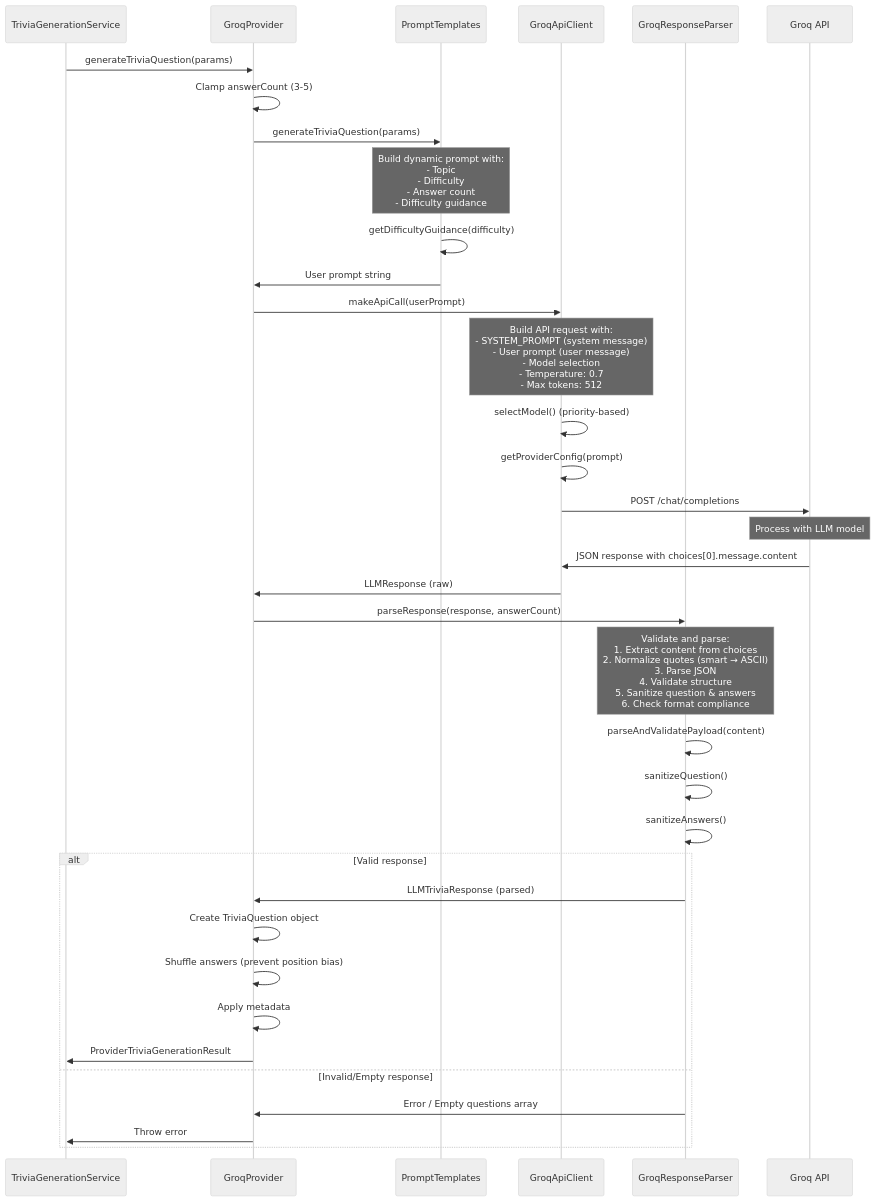
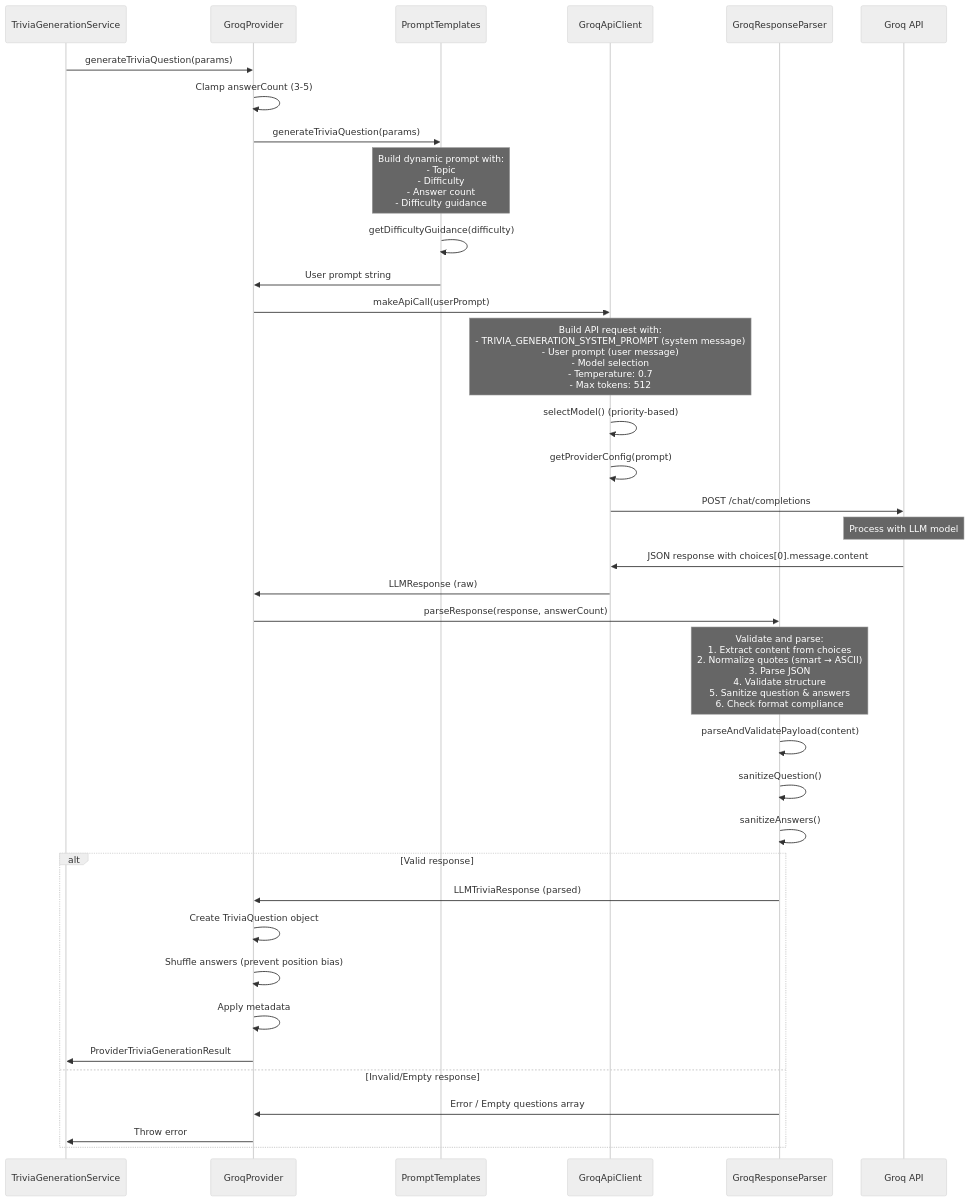
Diagram 13 of 28 in docs/DIAGRAMS.md (IsraelRub/EveryTriv), drawn with Mermaid (neutral theme) before and after one commit. The commit also changed other lines of this file and 576 other files, not shown here.

````diff
--- a/docs/DIAGRAMS.md
+++ b/docs/DIAGRAMS.md
@@ -897,48 +947,48 @@
 ```mermaid
 sequenceDiagram
     participant TG as TriviaGenerationService
     participant GP as GroqProvider
     participant PT as PromptTemplates
     participant AC as GroqApiClient
     participant RP as GroqResponseParser
     participant AI as Groq API
 
     TG->>GP: generateTriviaQuestion(params)
     
     GP->>GP: Clamp answerCount (3-5)
     GP->>PT: generateTriviaQuestion(params)
     
     Note over PT: Build dynamic prompt with:<br/>- Topic<br/>- Difficulty<br/>- Answer count<br/>- Difficulty guidance
     PT->>PT: getDifficultyGuidance(difficulty)
     PT->>GP: User prompt string
     
     GP->>AC: makeApiCall(userPrompt)
     
-    Note over AC: Build API request with:<br/>- SYSTEM_PROMPT (system message)<br/>- User prompt (user message)<br/>- Model selection<br/>- Temperature: 0.7<br/>- Max tokens: 512
+    Note over AC: Build API request with:<br/>- TRIVIA_GENERATION_SYSTEM_PROMPT (system message)<br/>- User prompt (user message)<br/>- Model selection<br/>- Temperature: 0.7<br/>- Max tokens: 512
     AC->>AC: selectModel() (priority-based)
     AC->>AC: getProviderConfig(prompt)
     AC->>AI: POST /chat/completions
     
     Note over AI: Process with LLM model
     AI->>AC: JSON response with choices[0].message.content
     
     AC->>GP: LLMResponse (raw)
     
     GP->>RP: parseResponse(response, answerCount)
     
     Note over RP: Validate and parse:<br/>1. Extract content from choices<br/>2. Normalize quotes (smart → ASCII)<br/>3. Parse JSON<br/>4. Validate structure<br/>5. Sanitize question & answers<br/>6. Check format compliance
     RP->>RP: parseAndValidatePayload(content)
     RP->>RP: sanitizeQuestion()
     RP->>RP: sanitizeAnswers()
     
     alt Valid response
         RP->>GP: LLMTriviaResponse (parsed)
         GP->>GP: Create TriviaQuestion object
         GP->>GP: Shuffle answers (prevent position bias)
         GP->>GP: Apply metadata
         GP->>TG: ProviderTriviaGenerationResult
     else Invalid/Empty response
         RP->>GP: Error / Empty questions array
         GP->>TG: Throw error
     end
 ```
````
